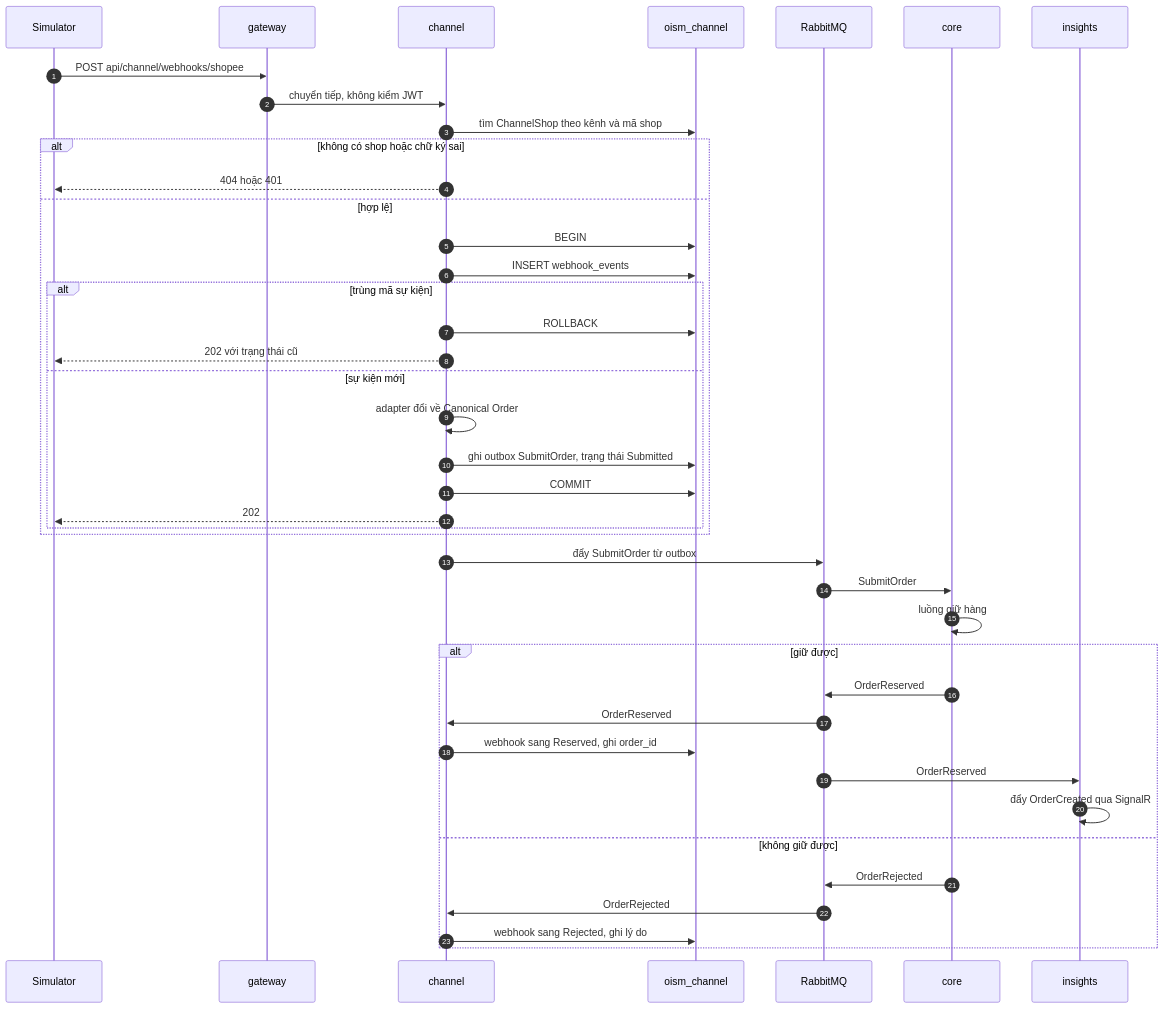
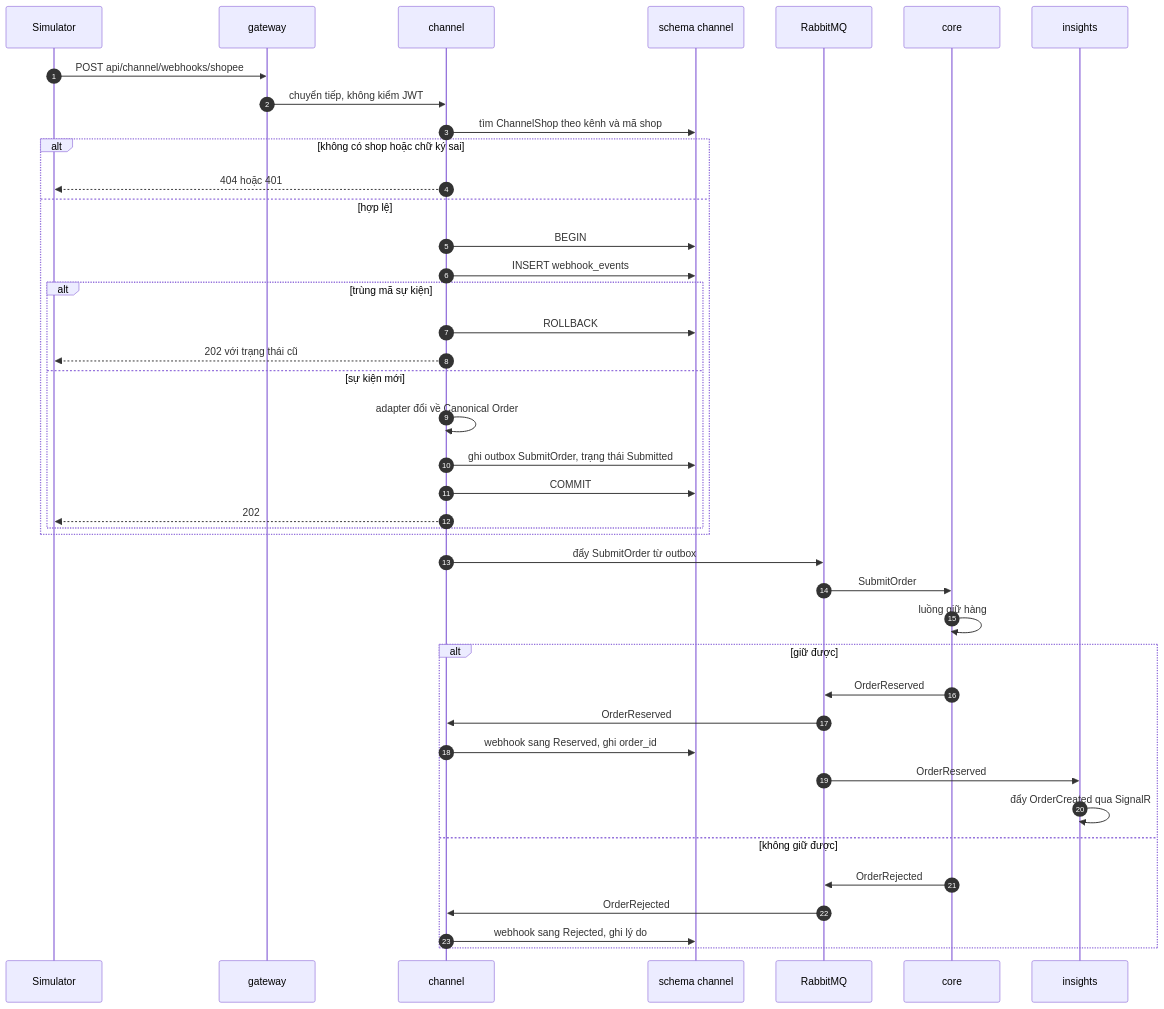
One commit to kapfm789/XDPMOOP changed the diagram in docs/design/flows/webhook-ingestion.md. Above: the diagram before and after it, drawn with Mermaid. The commit also changed 38 other files, not shown here.

First line of the commit message:
Chuyển sang 1 DB, tách schema theo service

````diff
--- a/docs/design/flows/webhook-ingestion.md
+++ b/docs/design/flows/webhook-ingestion.md
@@ -5,45 +5,45 @@
 ```mermaid
 sequenceDiagram
   autonumber
   participant Sim as Simulator
   participant Gw as gateway
   participant Ch as channel
-  participant CDB as oism_channel
+  participant CDB as schema channel
   participant MQ as RabbitMQ
   participant Core as core
   participant Ins as insights
 
   Sim->>Gw: POST api/channel/webhooks/shopee
   Gw->>Ch: chuyển tiếp, không kiểm JWT
   Ch->>CDB: tìm ChannelShop theo kênh và mã shop
   alt không có shop hoặc chữ ký sai
     Ch-->>Sim: 404 hoặc 401
   else hợp lệ
     Ch->>CDB: BEGIN
     Ch->>CDB: INSERT webhook_events
     alt trùng mã sự kiện
       Ch->>CDB: ROLLBACK
       Ch-->>Sim: 202 với trạng thái cũ
     else sự kiện mới
       Ch->>Ch: adapter đổi về Canonical Order
       Ch->>CDB: ghi outbox SubmitOrder, trạng thái Submitted
       Ch->>CDB: COMMIT
       Ch-->>Sim: 202
     end
   end
 
   Ch->>MQ: đẩy SubmitOrder từ outbox
   MQ->>Core: SubmitOrder
   Core->>Core: luồng giữ hàng
   alt giữ được
     Core->>MQ: OrderReserved
     MQ->>Ch: OrderReserved
     Ch->>CDB: webhook sang Reserved, ghi order_id
     MQ->>Ins: OrderReserved
     Ins->>Ins: đẩy OrderCreated qua SignalR
   else không giữ được
     Core->>MQ: OrderRejected
     MQ->>Ch: OrderRejected
     Ch->>CDB: webhook sang Rejected, ghi lý do
   end
 ```
````
